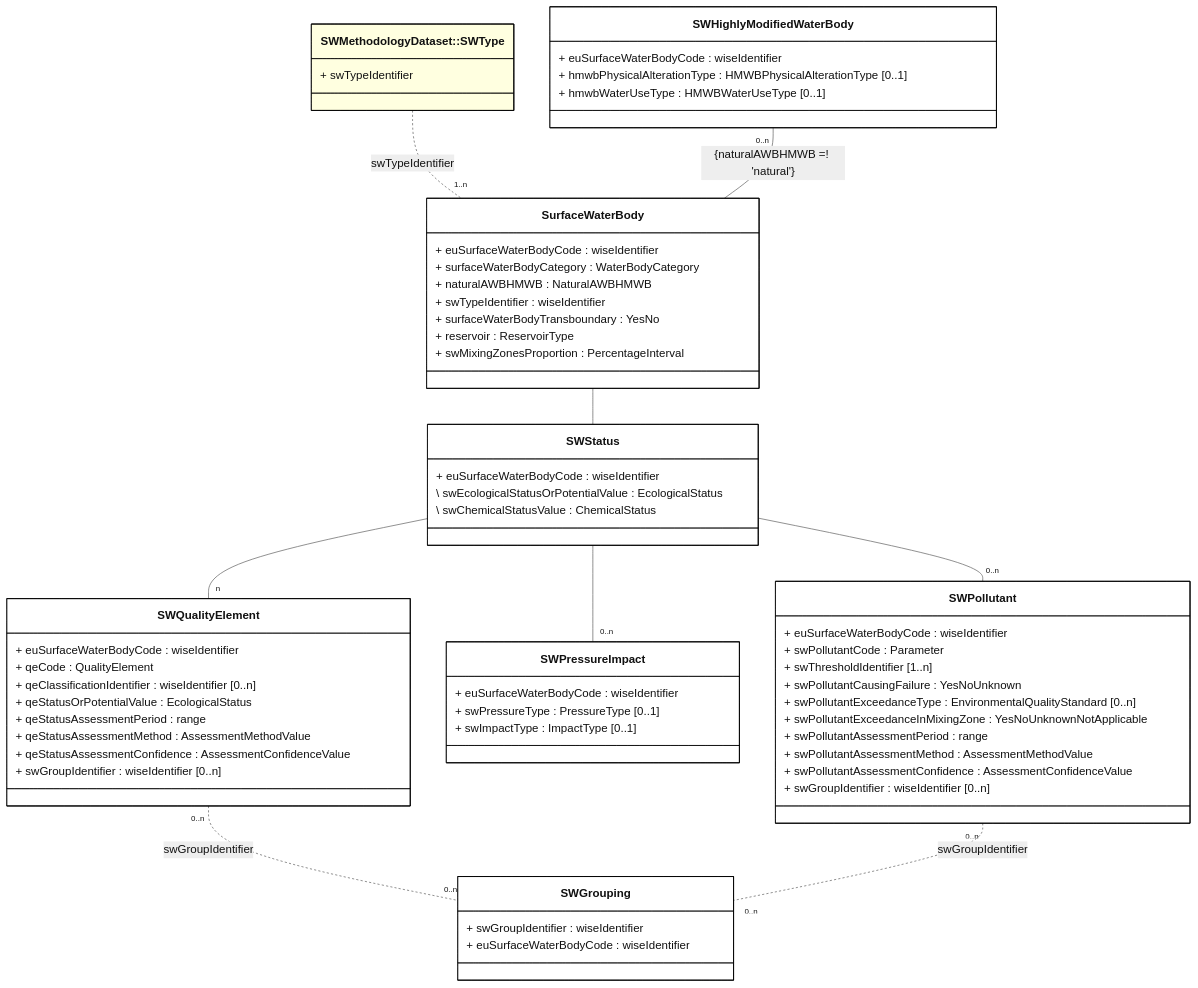
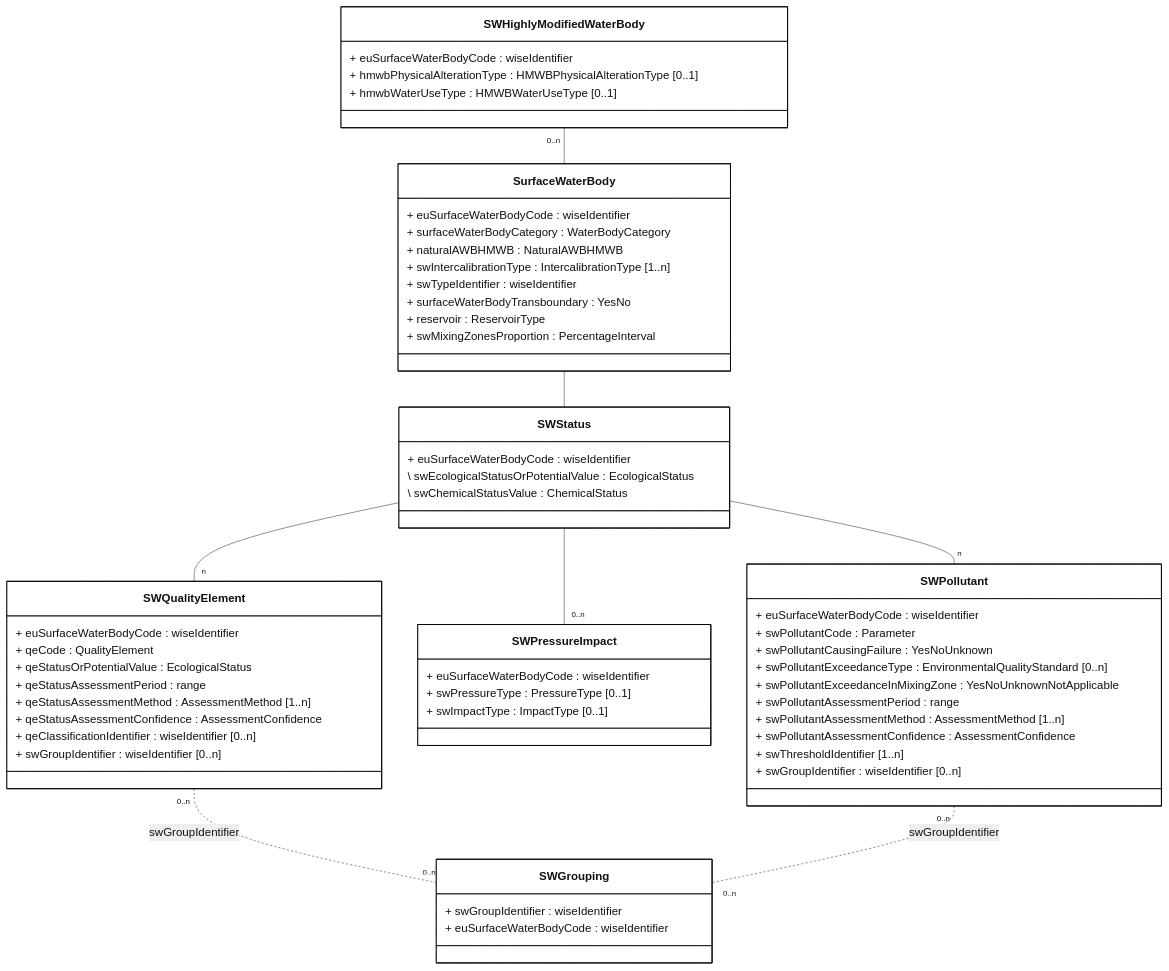
One commit to eeadata/WISE.WFD.Documentation changed the diagram in docs/DataModelReview/mmd/SurfaceWater_4thCycle_DescriptiveData_ClassDiagram.mmd. Above: the diagram before and after it, drawn with Mermaid. The commit also changed 8 other files, not shown here.

Commit message:
Typos in diagrams

```diff
--- a/docs/DataModelReview/mmd/SurfaceWater_4thCycle_DescriptiveData_ClassDiagram.mmd
+++ b/docs/DataModelReview/mmd/SurfaceWater_4thCycle_DescriptiveData_ClassDiagram.mmd
@@ -1,84 +1,81 @@
 ---
 config:
   class:
     hideEmptyMembersBox: true
   layout: dagre
   theme: neutral
 ---
 classDiagram
 direction TB
 
 class SurfaceWaterBody {
     + euSurfaceWaterBodyCode : wiseIdentifier
     + surfaceWaterBodyCategory : WaterBodyCategory
     + naturalAWBHMWB : NaturalAWBHMWB
+    + swIntercalibrationType : IntercalibrationType [1..n]
     + swTypeIdentifier : wiseIdentifier
     + surfaceWaterBodyTransboundary : YesNo
     + reservoir : ReservoirType
     + swMixingZonesProportion : PercentageInterval
 }
 
 class SWStatus {
     + euSurfaceWaterBodyCode : wiseIdentifier
     \ swEcologicalStatusOrPotentialValue : EcologicalStatus
     \ swChemicalStatusValue : ChemicalStatus
 }
 
 class SWPollutant {
     + euSurfaceWaterBodyCode : wiseIdentifier
     + swPollutantCode : Parameter
-    + swThresholdIdentifier [1..n]
     + swPollutantCausingFailure : YesNoUnknown
     + swPollutantExceedanceType : EnvironmentalQualityStandard [0..n]
     + swPollutantExceedanceInMixingZone : YesNoUnknownNotApplicable
     
     + swPollutantAssessmentPeriod : range
-    + swPollutantAssessmentMethod : AssessmentMethodValue
-    + swPollutantAssessmentConfidence : AssessmentConfidenceValue
+    + swPollutantAssessmentMethod : AssessmentMethod [1..n]
+    + swPollutantAssessmentConfidence : AssessmentConfidence
+
+    + swThresholdIdentifier [1..n]
     + swGroupIdentifier : wiseIdentifier [0..n]
 }
 
 class SWPressureImpact {
     + euSurfaceWaterBodyCode : wiseIdentifier
     + swPressureType : PressureType [0..1]
     + swImpactType : ImpactType  [0..1]
 }
 
 class SWHighlyModifiedWaterBody {
     + euSurfaceWaterBodyCode : wiseIdentifier
     + hmwbPhysicalAlterationType : HMWBPhysicalAlterationType [0..1]
     + hmwbWaterUseType : HMWBWaterUseType [0..1]
 }
 
 class SWQualityElement{
     + euSurfaceWaterBodyCode : wiseIdentifier
     + qeCode : QualityElement
-    + qeClassificationIdentifier : wiseIdentifier [0..n]
     + qeStatusOrPotentialValue : EcologicalStatus
     + qeStatusAssessmentPeriod : range
-    + qeStatusAssessmentMethod : AssessmentMethodValue
-    + qeStatusAssessmentConfidence : AssessmentConfidenceValue
+    + qeStatusAssessmentMethod : AssessmentMethod [1..n]
+    + qeStatusAssessmentConfidence : AssessmentConfidence
+    + qeClassificationIdentifier : wiseIdentifier [0..n]
     + swGroupIdentifier : wiseIdentifier [0..n]
 }
 class SWGrouping{
     + swGroupIdentifier : wiseIdentifier
     + euSurfaceWaterBodyCode : wiseIdentifier
 }
 
-class SWType ["SWMethodologyDataset::SWType"]:::otherDataset{
-+ swTypeIdentifier
-}
-
-SWType .. "1..n" SurfaceWaterBody : swTypeIdentifier
-SWHighlyModifiedWaterBody "0..n" -- SurfaceWaterBody : {naturalAWBHMWB =! 'natural'}
+SWHighlyModifiedWaterBody "0..n" -- SurfaceWaterBody 
 SurfaceWaterBody -- SWStatus
 SWStatus -- "n" SWQualityElement
 SWStatus -- "0..n" SWPressureImpact
-SWStatus -- "0..n" SWPollutant
+SWStatus -- "n" SWPollutant
 
 SWQualityElement "0..n" .. "0..n" SWGrouping : swGroupIdentifier
 SWPollutant "0..n" .. "0..n" SWGrouping : swGroupIdentifier
 
 classDef default fill:white,stroke:#000;
 classDef forFixing fill:white,stroke:#f00;
 classDef otherDataset fill:lightyellow,stroke:#000;
```
